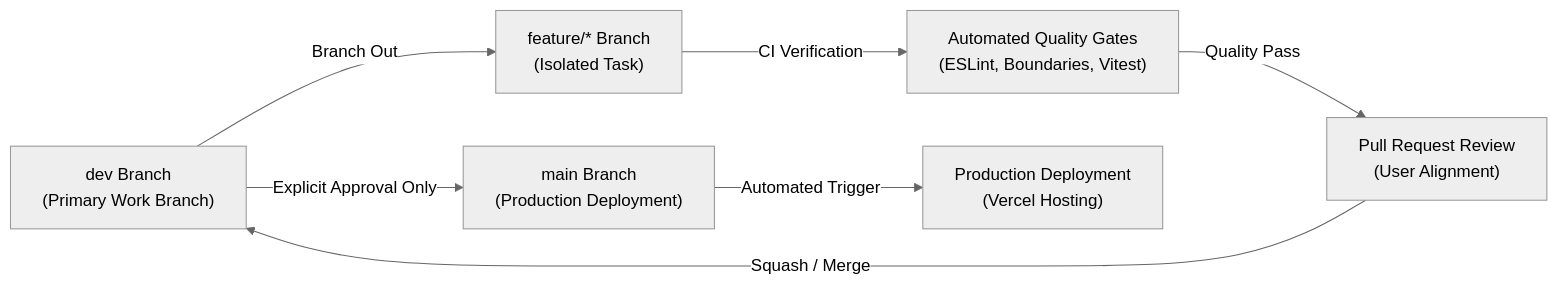
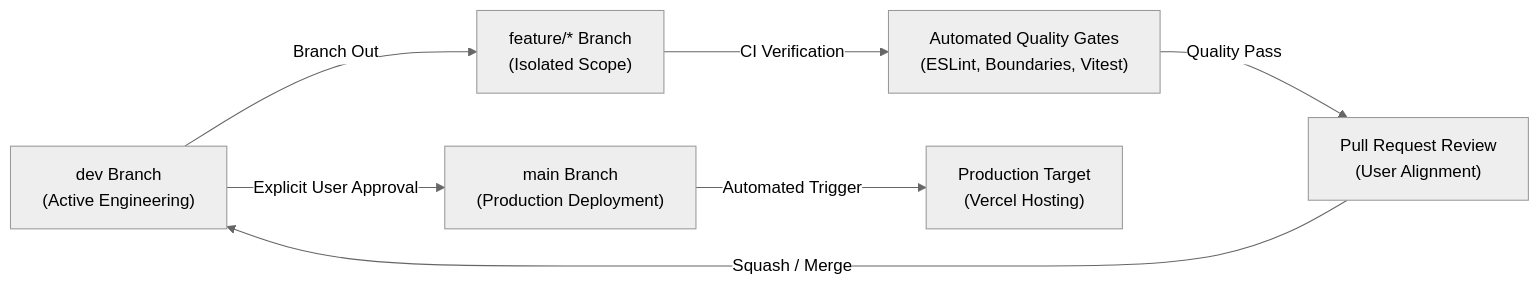
Before and after one commit to Kamogelo-7/buffer-guard: the second of 3 diagrams in TASK_MEMORY.md, drawn with Mermaid (neutral theme). The commit also changed other lines of this file and 53 other files, not shown here.

Commit message:
feat(scaffold): initialize Next.js 15, Prisma schemas, pure engines, and background utilities

````diff
--- a/TASK_MEMORY.md
+++ b/TASK_MEMORY.md
@@ -181,9 +182,9 @@
 ```mermaid
 flowchart LR
-  DEV["dev Branch\n(Primary Work Branch)"] -->|Branch Out| FEAT["feature/* Branch\n(Isolated Task)"]
+  DEV["dev Branch\n(Active Engineering)"] -->|Branch Out| FEAT["feature/* Branch\n(Isolated Scope)"]
   FEAT -->|CI Verification| GATE["Automated Quality Gates\n(ESLint, Boundaries, Vitest)"]
   GATE -->|Quality Pass| PR["Pull Request Review\n(User Alignment)"]
   PR -->|Squash / Merge| DEV
-  DEV -->|Explicit Approval Only| MAIN["main Branch\n(Production Deployment)"]
-  MAIN -->|Automated Trigger| VERCEL["Production Deployment\n(Vercel Hosting)"]
+  DEV -->|Explicit User Approval| MAIN["main Branch\n(Production Deployment)"]
+  MAIN -->|Automated Trigger| VERCEL["Production Target\n(Vercel Hosting)"]
 ```
````
